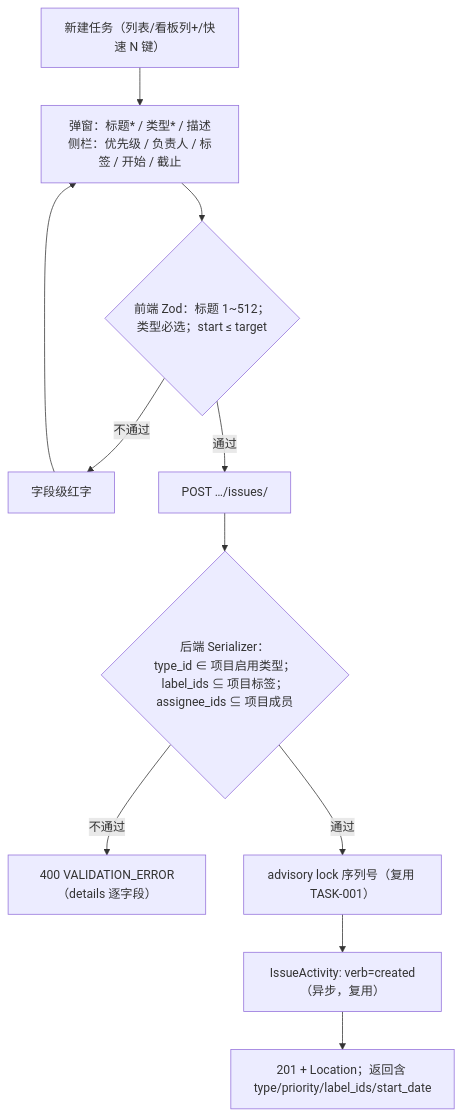
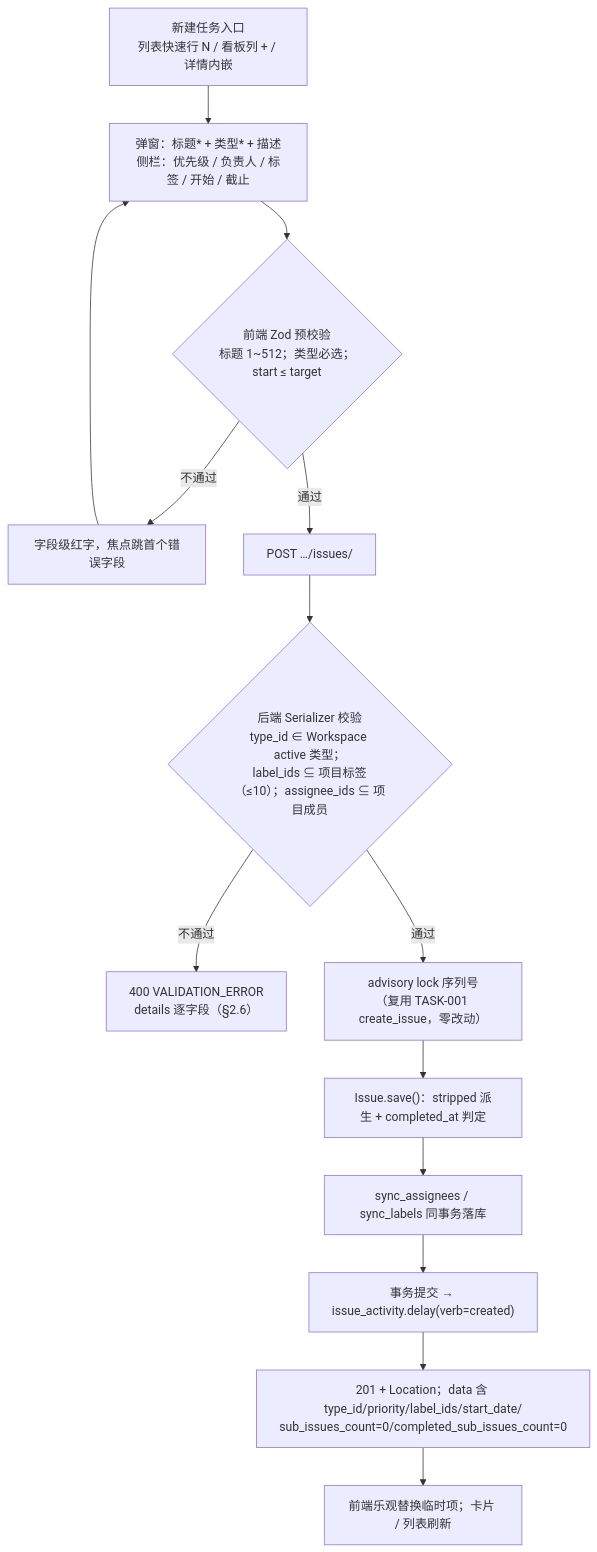
One commit to RabbitAI-Lab/RabbitProjects changed the first of 5 diagrams in docs/sprint-1-mvp/TASK-002-task-attributes.md. Above: the diagram before and after it, drawn with Mermaid. The commit also changed other lines of this file and 86 other files, not shown here.

````diff
--- a/docs/sprint-1-mvp/TASK-002-task-attributes.md
+++ b/docs/sprint-1-mvp/TASK-002-task-attributes.md
@@ -65,12 +129,15 @@
 ```mermaid
 flowchart TD
-    A["新建任务（列表/看板列+/快速 N 键）"] --> B["弹窗：标题* / 类型* / 描述<br/>侧栏：优先级 / 负责人 / 标签 / 开始 / 截止"]
-    B --> C{"前端 Zod：标题 1~512；<br/>类型必选；start ≤ target"}
-    C -- 不通过 --> C1["字段级红字"] --> B
+    A["新建任务入口<br/>列表快速行 N / 看板列 + / 详情内嵌"] --> B["弹窗：标题* + 类型* + 描述<br/>侧栏：优先级 / 负责人 / 标签 / 开始 / 截止"]
+    B --> C{"前端 Zod 预校验<br/>标题 1~512；类型必选；start ≤ target"}
+    C -- 不通过 --> C1["字段级红字，焦点跳首个错误字段"] --> B
     C -- 通过 --> D["POST …/issues/"]
-    D --> E{"后端 Serializer：<br/>type_id ∈ 项目启用类型；label_ids ⊆ 项目标签；<br/>assignee_ids ⊆ 项目成员"}
-    E -- 不通过 --> E1["400 VALIDATION_ERROR（details 逐字段）"]
-    E -- 通过 --> F["advisory lock 序列号（复用 TASK-001）"]
-    F --> G["IssueActivity: verb=created（异步，复用）"]
-    G --> H["201 + Location；返回含 type/priority/label_ids/start_date"]
+    D --> E{"后端 Serializer 校验<br/>type_id ∈ Workspace active 类型；<br/>label_ids ⊆ 项目标签（≤10）；assignee_ids ⊆ 项目成员"}
+    E -- 不通过 --> E1["400 VALIDATION_ERROR<br/>details 逐字段（§2.6）"]
+    E -- 通过 --> F["advisory lock 序列号<br/>（复用 TASK-001 create_issue，零改动）"]
+    F --> G["Issue.save()：stripped 派生 + completed_at 判定"]
+    G --> H["sync_assignees / sync_labels 同事务落库"]
+    H --> I["事务提交 → issue_activity.delay(verb=created)"]
+    I --> J["201 + Location；data 含 type_id/priority/label_ids/start_date/<br/>sub_issues_count=0/completed_sub_issues_count=0"]
+    J --> K["前端乐观替换临时项；卡片 / 列表刷新"]
 ```
````
